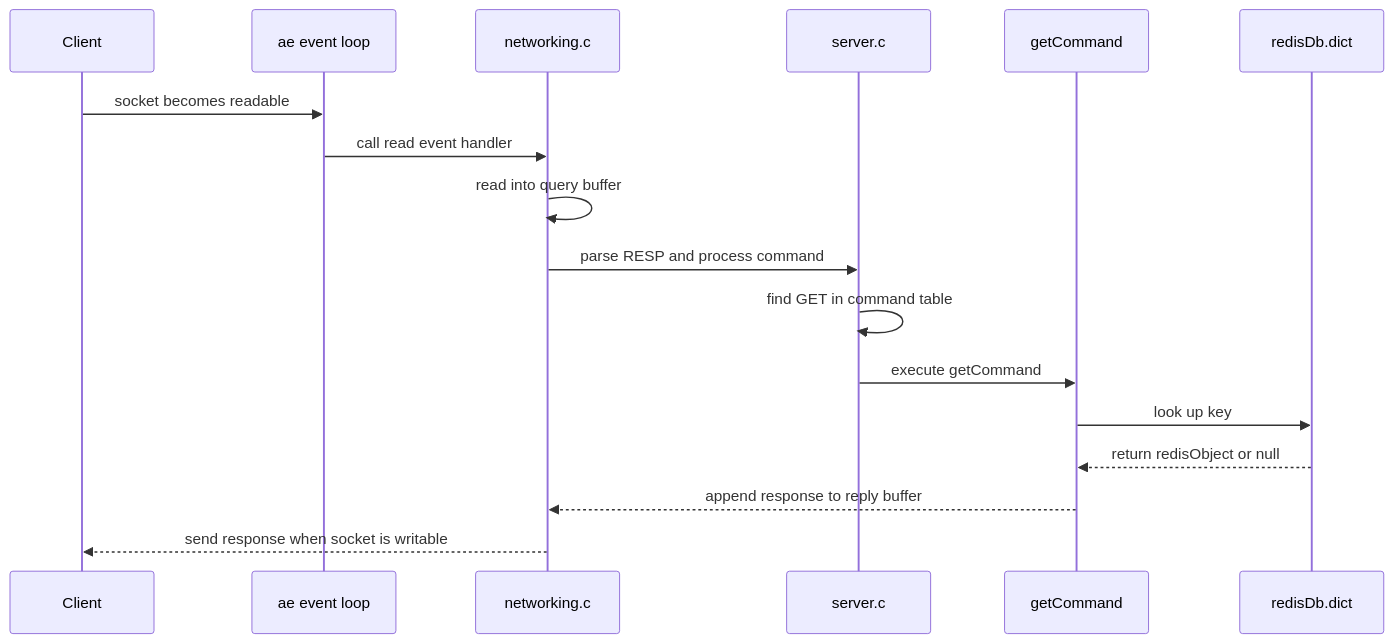
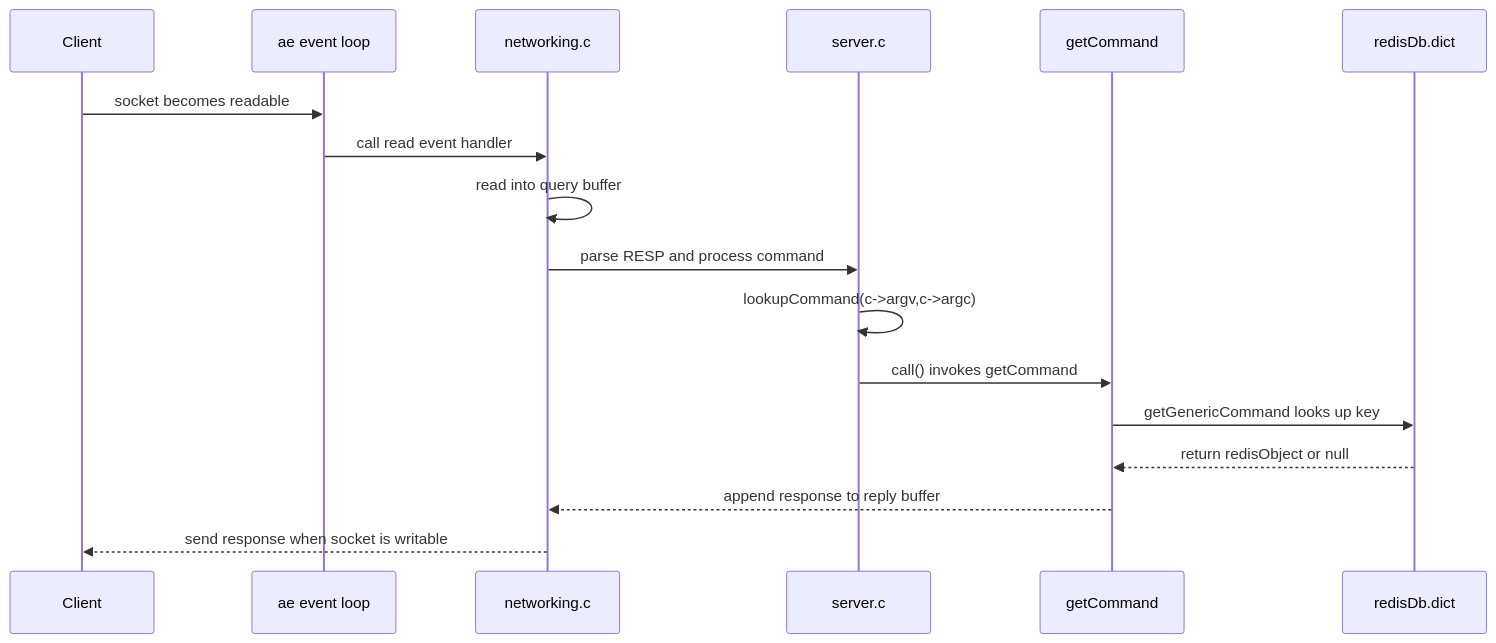
The second of 3 diagrams in content/posts/tech/redis-deep-dive/01-redis-big-picture/index.en.md (LeopardStack/LeopardStack.github.io), drawn with Mermaid before and after one commit. The commit also changed other lines of this file and 3 other files, not shown here.

````diff
--- a/content/posts/tech/redis-deep-dive/01-redis-big-picture/index.en.md
+++ b/content/posts/tech/redis-deep-dive/01-redis-big-picture/index.en.md
@@ -68,20 +148,20 @@
 ```mermaid
 sequenceDiagram
     participant Client
     participant AE as ae event loop
     participant Net as networking.c
     participant Server as server.c
     participant Cmd as getCommand
     participant DB as redisDb.dict
 
     Client->>AE: socket becomes readable
     AE->>Net: call read event handler
     Net->>Net: read into query buffer
     Net->>Server: parse RESP and process command
-    Server->>Server: find GET in command table
-    Server->>Cmd: execute getCommand
-    Cmd->>DB: look up key
+    Server->>Server: lookupCommand(c->argv,c->argc)
+    Server->>Cmd: call() invokes getCommand
+    Cmd->>DB: getGenericCommand looks up key
     DB-->>Cmd: return redisObject or null
     Cmd-->>Net: append response to reply buffer
     Net-->>Client: send response when socket is writable
 ```
````
